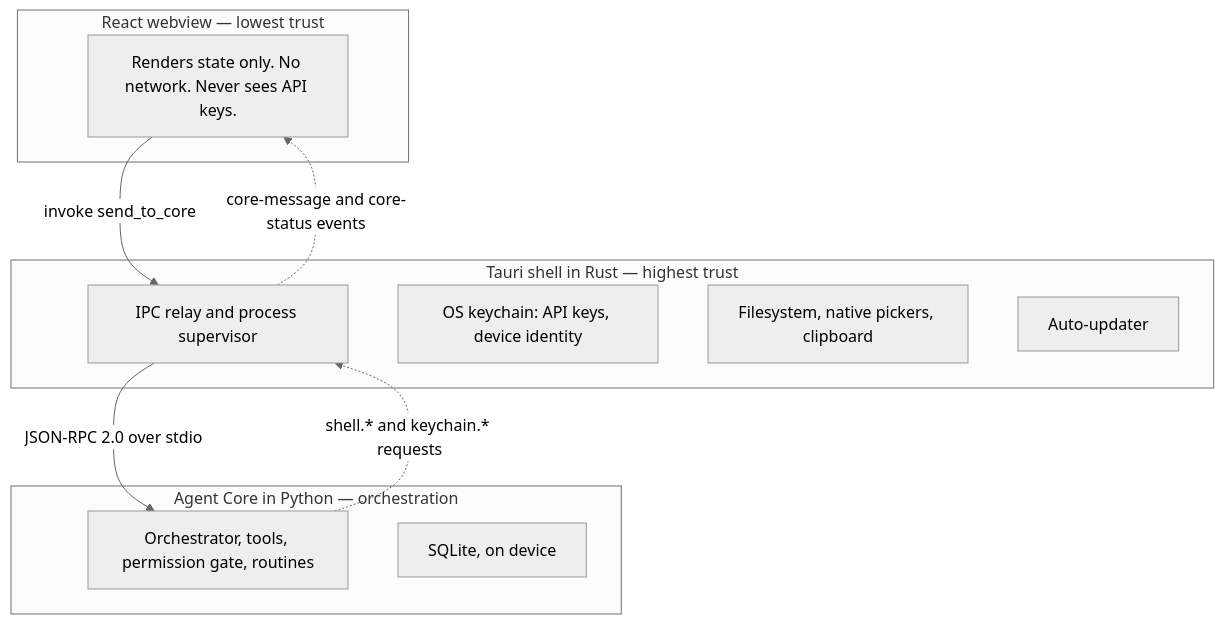
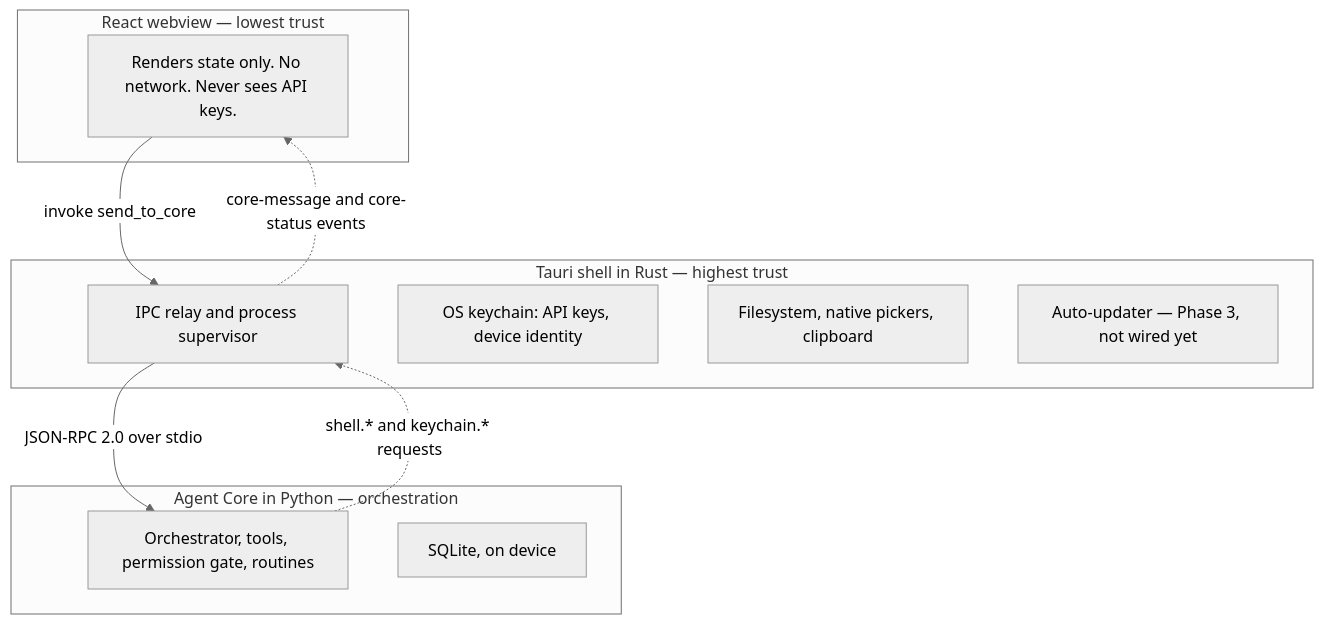
One commit to N041M/Addison changed the diagram in README.md. Above: the diagram before and after it, drawn with Mermaid (neutral theme). The commit also changed other lines of this file and 17 other files, not shown here.

````diff
--- a/README.md
+++ b/README.md
@@ -19,21 +24,21 @@
 ```mermaid
 flowchart TB
     subgraph webview["React webview — lowest trust"]
         UI["Renders state only. No network. Never sees API keys."]
     end
     subgraph shell["Tauri shell in Rust — highest trust"]
         Relay["IPC relay and process supervisor"]
         KC["OS keychain: API keys, device identity"]
         FS["Filesystem, native pickers, clipboard"]
-        UP["Auto-updater"]
+        UP["Auto-updater — Phase 3, not wired yet"]
     end
     subgraph core["Agent Core in Python — orchestration"]
         Orch["Orchestrator, tools, permission gate, routines"]
         DB["SQLite, on device"]
     end
 
     UI -->|"invoke send_to_core"| Relay
     Relay -->|"JSON-RPC 2.0 over stdio"| Orch
     Orch -.->|"shell.* and keychain.* requests"| Relay
     Relay -.->|"core-message and core-status events"| UI
 ```
````
